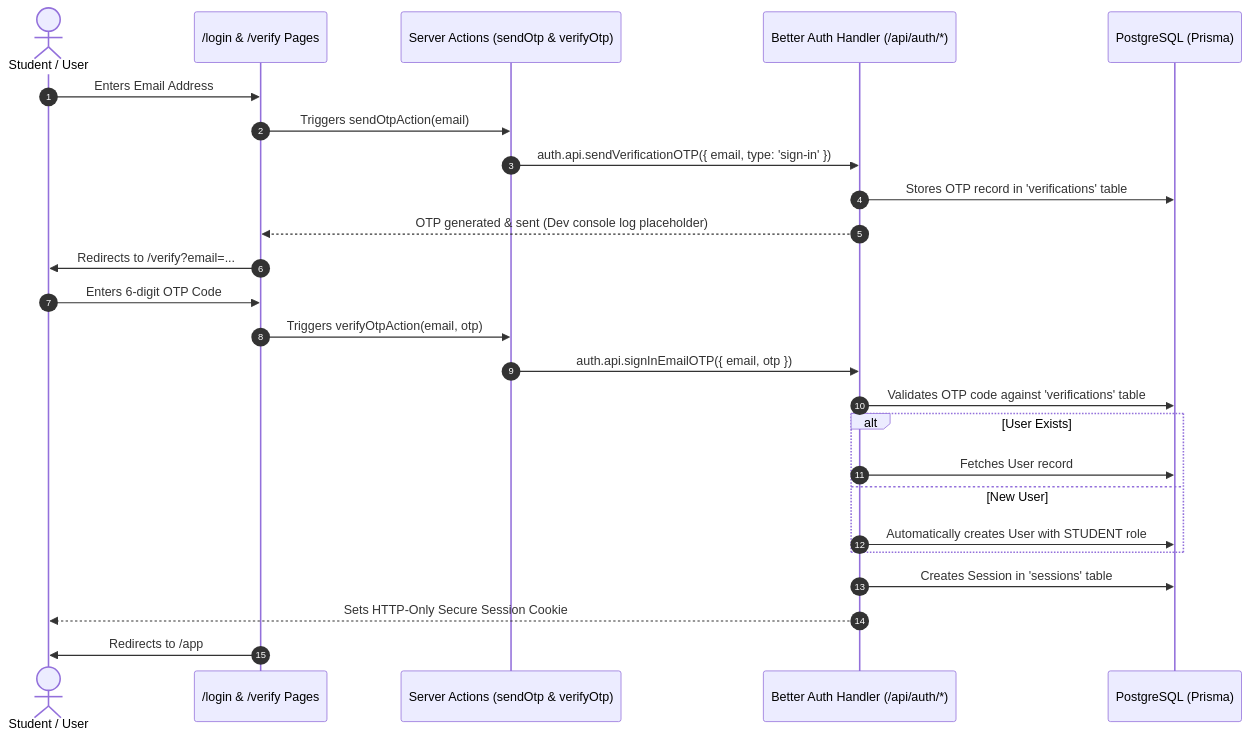
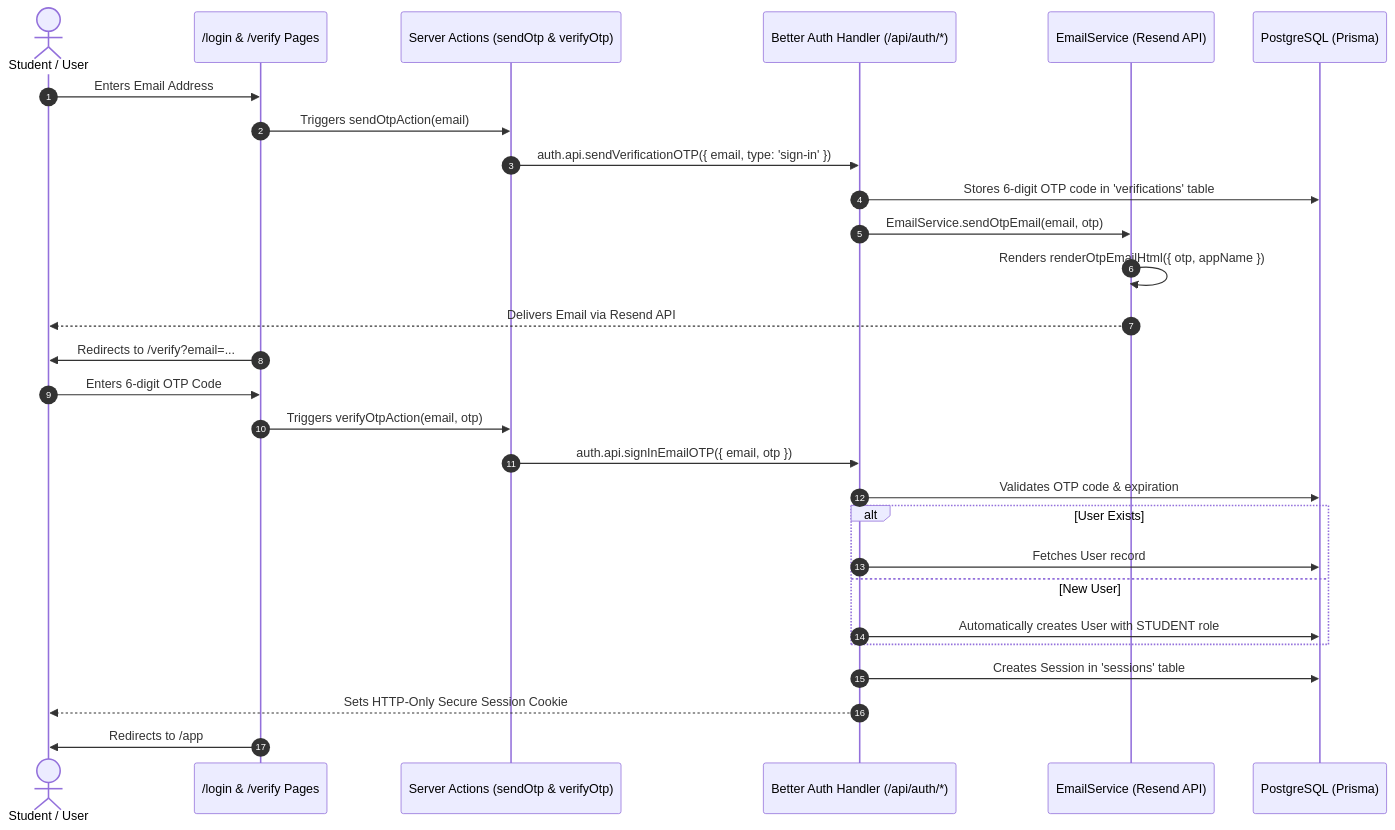
The diagram in docs/AUTH.md (Durvesh24/campus-minutes), drawn with Mermaid before and after one commit. The commit also changed other lines of this file and 14 other files, not shown here.

Commit message:
feat(auth): polish otp authentication ux

````diff
--- a/docs/AUTH.md
+++ b/docs/AUTH.md
@@ -13,31 +27,34 @@
 ```mermaid
 sequenceDiagram
     autonumber
     actor Student as Student / User
     participant Page as /login & /verify Pages
     participant Action as Server Actions (sendOtp & verifyOtp)
     participant BetterAuth as Better Auth Handler (/api/auth/*)
+    participant EmailService as EmailService (Resend API)
     participant DB as PostgreSQL (Prisma)
 
     Student->>Page: Enters Email Address
     Page->>Action: Triggers sendOtpAction(email)
     Action->>BetterAuth: auth.api.sendVerificationOTP({ email, type: 'sign-in' })
-    BetterAuth->>DB: Stores OTP record in 'verifications' table
-    BetterAuth-->>Page: OTP generated & sent (Dev console log placeholder)
+    BetterAuth->>DB: Stores 6-digit OTP code in 'verifications' table
+    BetterAuth->>EmailService: EmailService.sendOtpEmail(email, otp)
+    EmailService->>EmailService: Renders renderOtpEmailHtml({ otp, appName })
+    EmailService-->>Student: Delivers Email via Resend API
     Page->>Student: Redirects to /verify?email=...
 
     Student->>Page: Enters 6-digit OTP Code
     Page->>Action: Triggers verifyOtpAction(email, otp)
     Action->>BetterAuth: auth.api.signInEmailOTP({ email, otp })
-    BetterAuth->>DB: Validates OTP code against 'verifications' table
+    BetterAuth->>DB: Validates OTP code & expiration
 
     alt User Exists
         BetterAuth->>DB: Fetches User record
     else New User
         BetterAuth->>DB: Automatically creates User with STUDENT role
     end
 
     BetterAuth->>DB: Creates Session in 'sessions' table
     BetterAuth-->>Student: Sets HTTP-Only Secure Session Cookie
     Page->>Student: Redirects to /app
 ```
````
